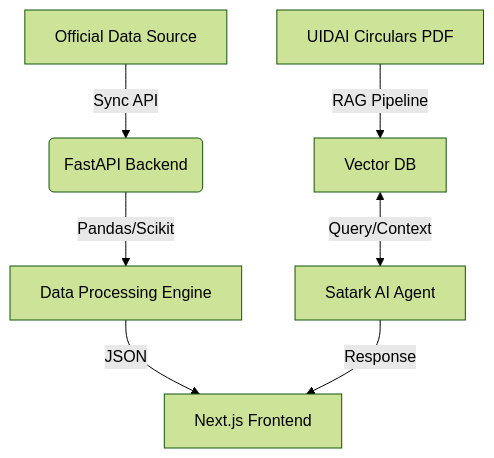
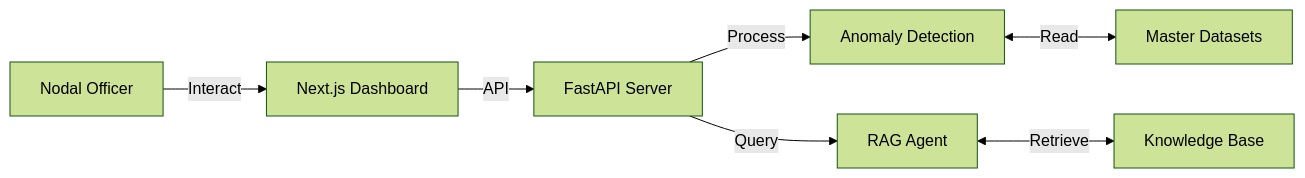
Before and after one commit to saurabhhhcodes/aadhaar-satark: the diagram in SUBMISSION_REPORT.md, drawn with Mermaid (forest theme). The commit also changed other lines of this file and 8 other files, not shown here.

````diff
--- a/SUBMISSION_REPORT.md
+++ b/SUBMISSION_REPORT.md
@@ -22,10 +28,11 @@
 ```mermaid
-graph TD
-    A[Official Data Source] -->|Sync API| B(FastAPI Backend)
-    B -->|Pandas/Scikit| C[Data Processing Engine]
-    C -->|JSON| D[Next.js Frontend]
+graph LR
+    User[Nodal Officer] -->|Interact| UI[Next.js Dashboard]
+    UI -->|API| Backend[FastAPI Server]
     
-    E[UIDAI Circulars PDF] -->|RAG Pipeline| F[Vector DB]
-    F <-->|Query/Context| G[Satark AI Agent]
-    G -->|Response| D
+    Backend -->|Process| Model[Anomaly Detection]
+    Backend -->|Query| AI[RAG Agent]
+    
+    AI <-->|Retrieve| VectorDB[Knowledge Base]
+    Model <-->|Read| Data[Master Datasets]
 ```
````
